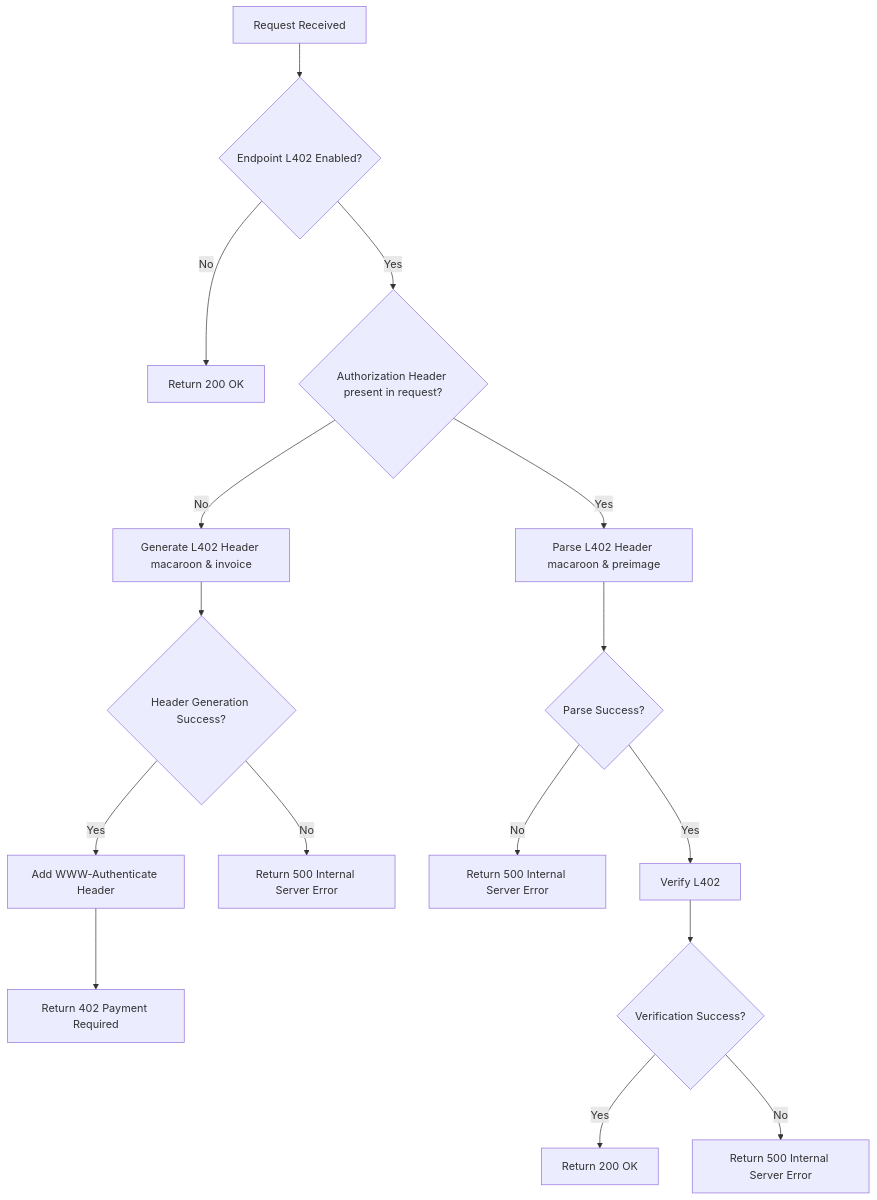
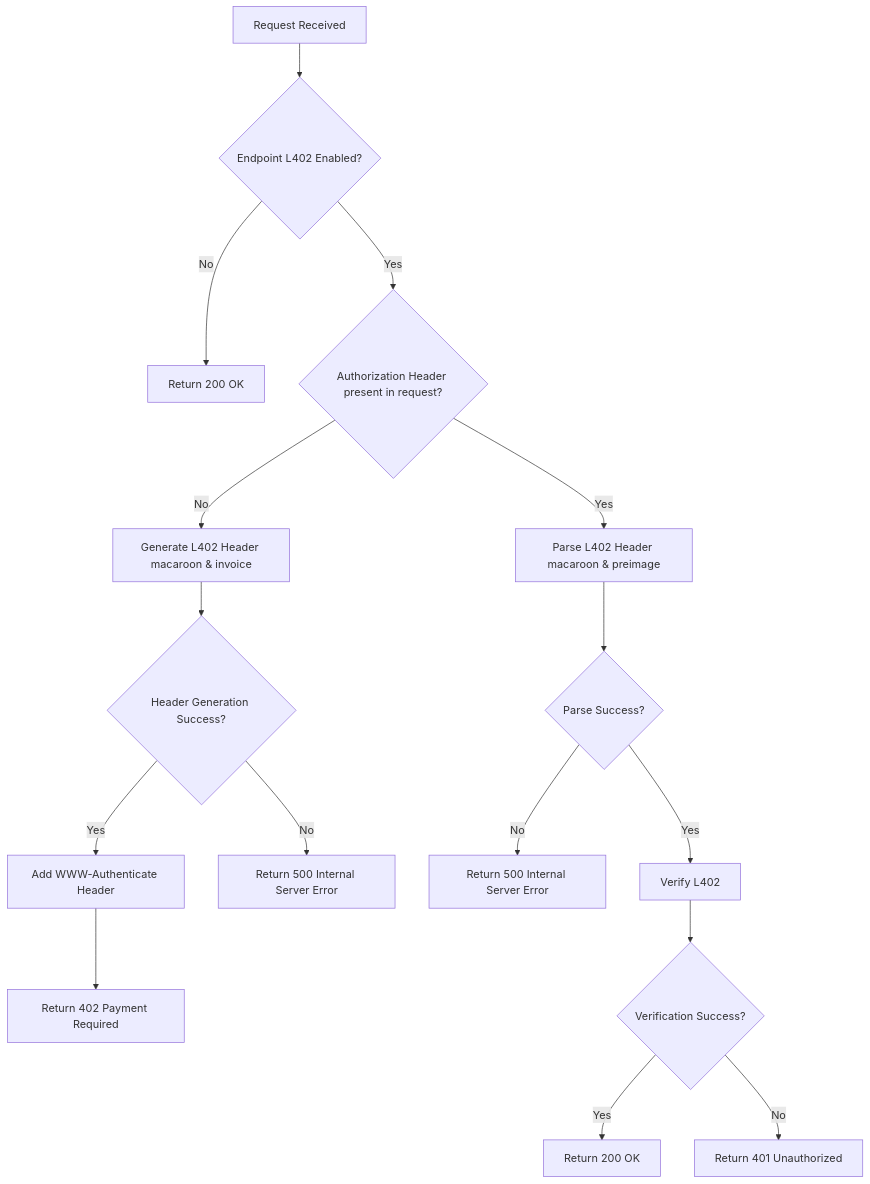
One commit to DhananjayPurohit/ngx_l402 changed the diagram in README.md. Above: the diagram before and after it, drawn with Mermaid. The commit also changed other lines of this file and 5 other files, not shown here.

````diff
--- a/README.md
+++ b/README.md
@@ -5,18 +5,18 @@
 ```mermaid
 graph TD;
     A[Request Received] --> B{Endpoint L402 Enabled?}
     B -->|No| C[Return 200 OK]
     B -->|Yes| D{Authorization Header present in request?}
     D -->|No| F[Generate L402 Header macaroon & invoice]
     F --> G{Header Generation Success?}
     G -->|Yes| H[Add WWW-Authenticate Header]
     G -->|No| I[Return 500 Internal Server Error]
     H --> J[Return 402 Payment Required]
     D -->|Yes| K[Parse L402 Header macaroon & preimage]
     K --> L{Parse Success?}
     L -->|No| M[Return 500 Internal Server Error]
     L -->|Yes| N[Verify L402]
     N --> O{Verification Success?}
     O -->|Yes| P[Return 200 OK]
-    O -->|No| Q[Return 500 Internal Server Error]
+    O -->|No| Q[Return 401 Unauthorized]
 ```
````
